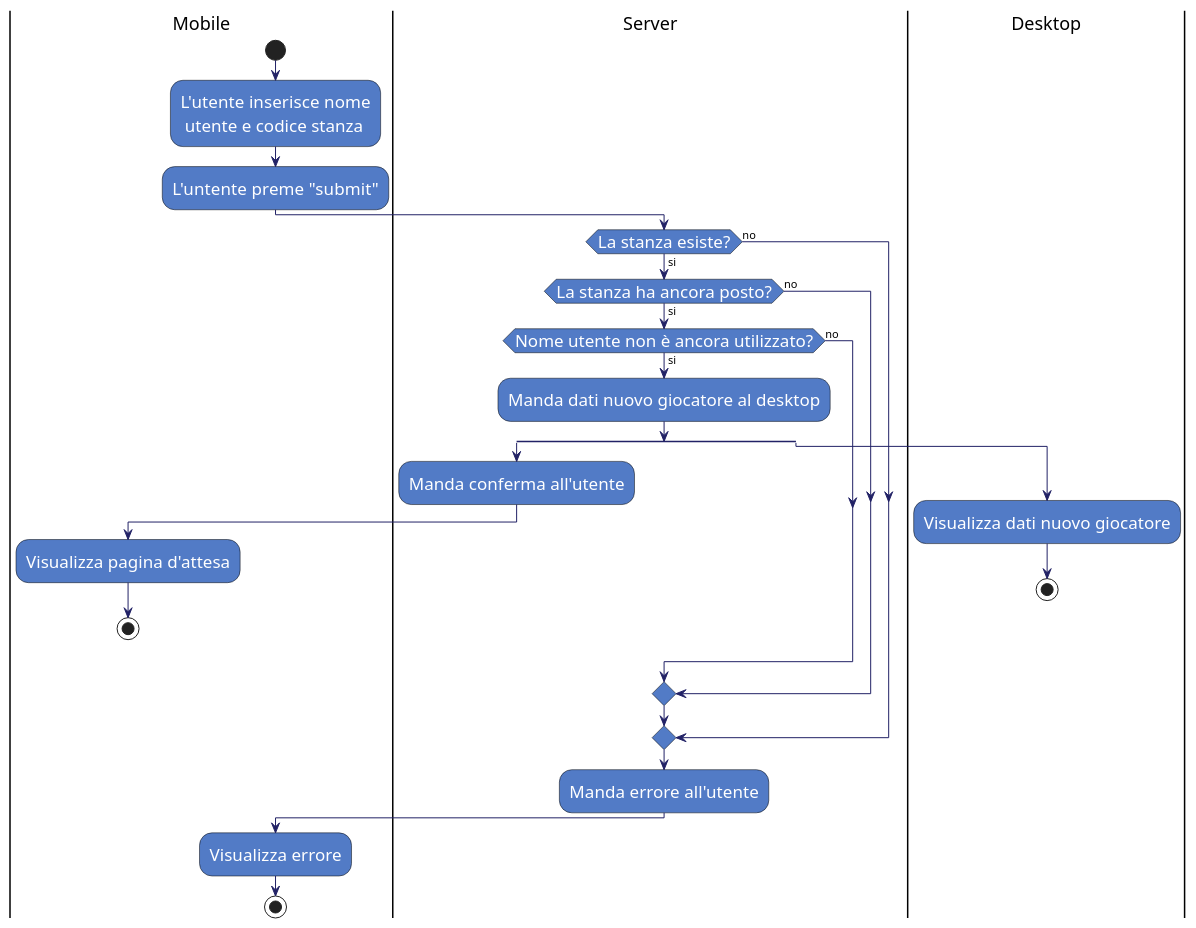
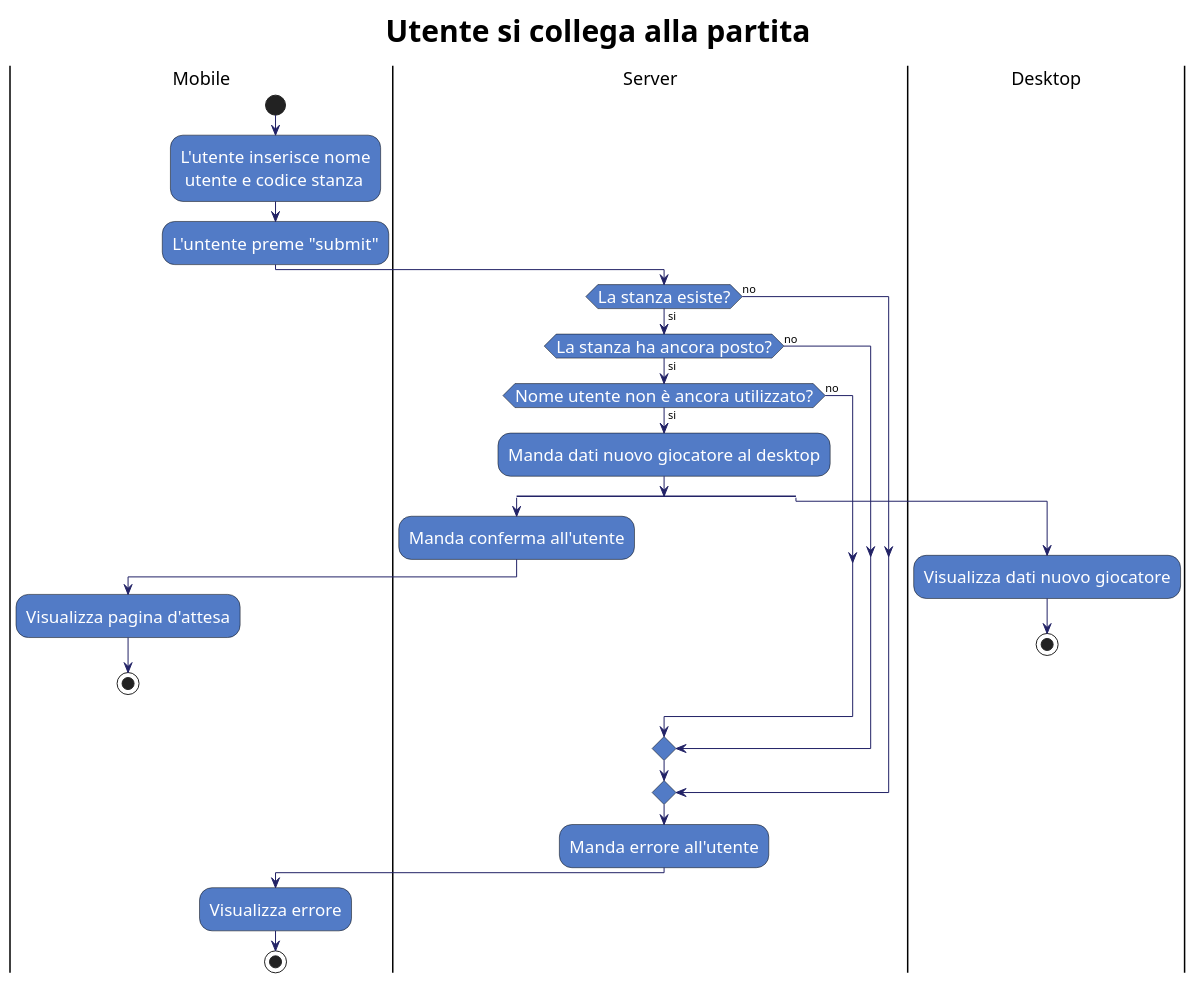
Before and after one commit to SpadeaLorenzo/Bowling2gether: the diagram in 7_Allegati/DiagrammiDIFlusso/Utente_si_collega.puml, drawn with PlantUML. The commit also changed 5 other files, not shown here.

Commit message:
Update flow diagrams

```diff
--- a/7_Allegati/DiagrammiDIFlusso/Utente_si_collega.puml
+++ b/7_Allegati/DiagrammiDIFlusso/Utente_si_collega.puml
@@ -1,44 +1,51 @@
 @startuml name
 skinparam activity {
     FontColor          white
     AttributeFontColor white
     FontSize           17
     AttributeFontSize  15
     AttributeFontname  Droid Sans Mono
     BackgroundColor    #527BC6
     BorderColor        black
     ArrowColor         #222266
 }
+skinparam title {
+    FontColor          black 
+    FontSize           30
+    AttributeFontSize  15
+    AttributeFontname  Droid Sans Mono
+}
+title Utente si collega alla partita
 |Mobile|
 start
 :L'utente inserisce nome
  utente e codice stanza;
 :L'untente preme "submit";
 |Server|
 if (La stanza esiste?) is (si) then
     if (La stanza ha ancora posto?) is (si) then
         if (Nome utente non è ancora utilizzato?) is (si) then
             :Manda dati nuovo giocatore al desktop;
             split
             |Server|
             :Manda conferma all'utente;
             |Mobile|
             :Visualizza pagina d'attesa;
             stop
             split again
             |Desktop|
             :Visualizza dati nuovo giocatore;
             stop
             end split
             |Server|
         else (no)
         endif
     else (no)
     endif
 else (no)
 endif
 :Manda errore all'utente;
 |Mobile|
 :Visualizza errore;
 stop
 @enduml
```
